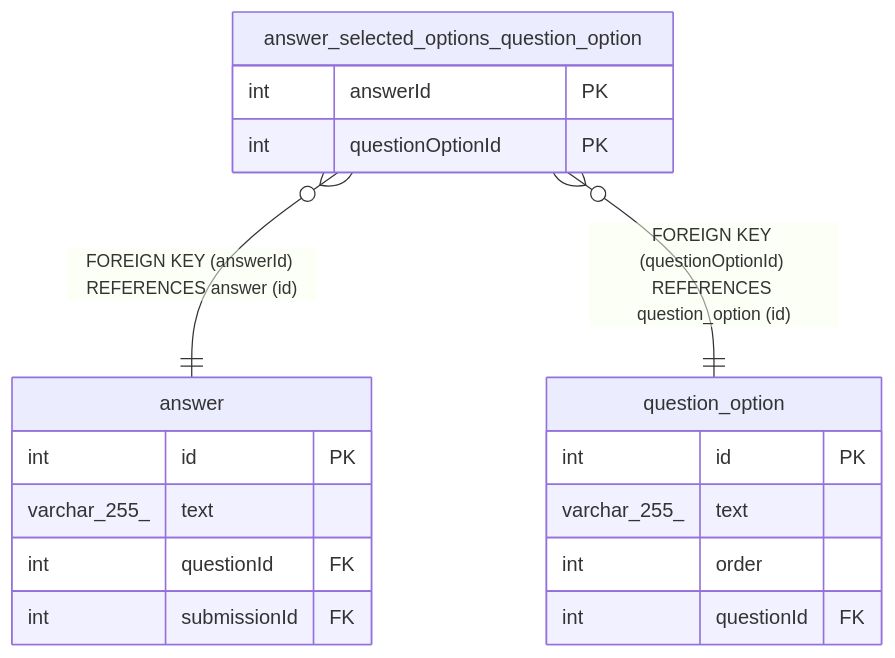
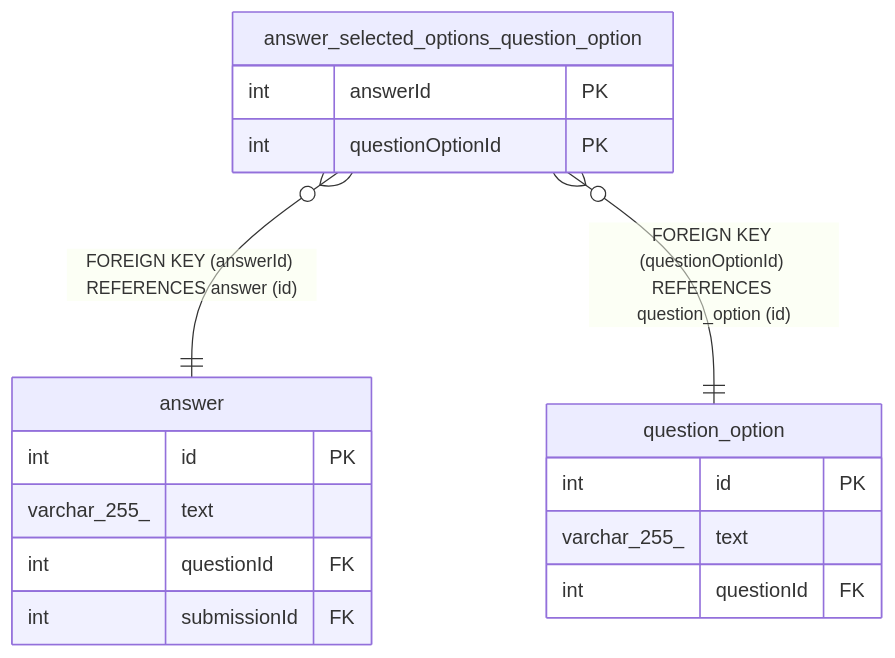
The diagram in docs/database/answer_selected_options_question_option.md (BepHblVI/First-nest), drawn with Mermaid before and after one commit. The commit also changed 9 other files, not shown here.

````diff
--- a/docs/database/answer_selected_options_question_option.md
+++ b/docs/database/answer_selected_options_question_option.md
@@ -47,23 +47,22 @@
 ```mermaid
 erDiagram
 
 "answer_selected_options_question_option" }o--|| "answer" : "FOREIGN KEY (answerId) REFERENCES answer (id)"
 "answer_selected_options_question_option" }o--|| "question_option" : "FOREIGN KEY (questionOptionId) REFERENCES question_option (id)"
 
 "answer_selected_options_question_option" {
   int answerId PK
   int questionOptionId PK
 }
 "answer" {
   int id PK
   varchar_255_ text
   int questionId FK
   int submissionId FK
 }
 "question_option" {
   int id PK
   varchar_255_ text
-  int order
   int questionId FK
 }
 ```
````
